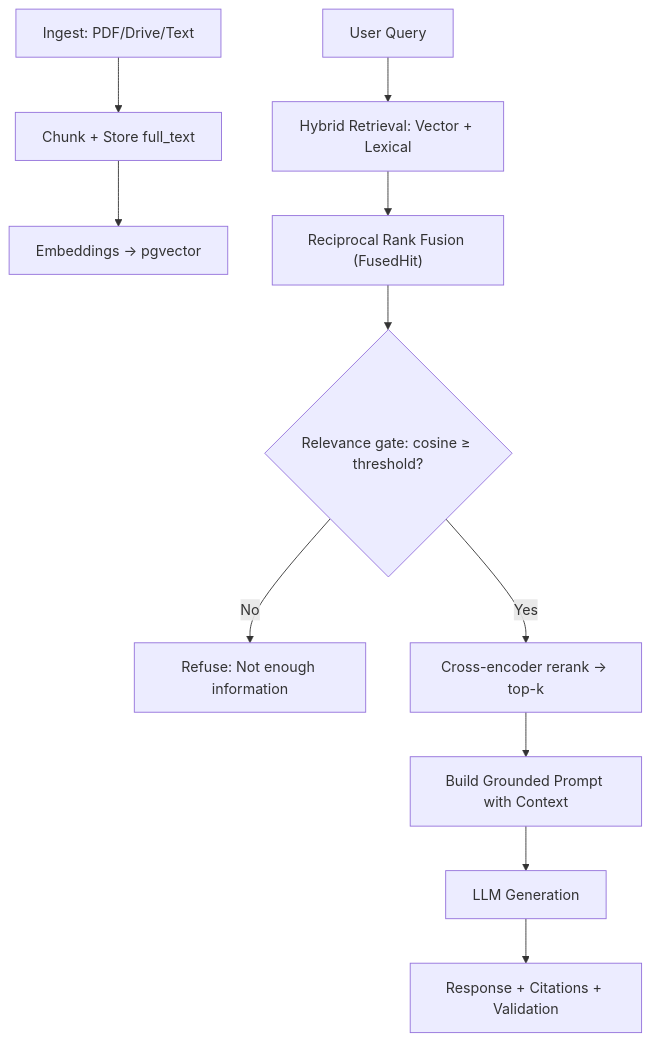
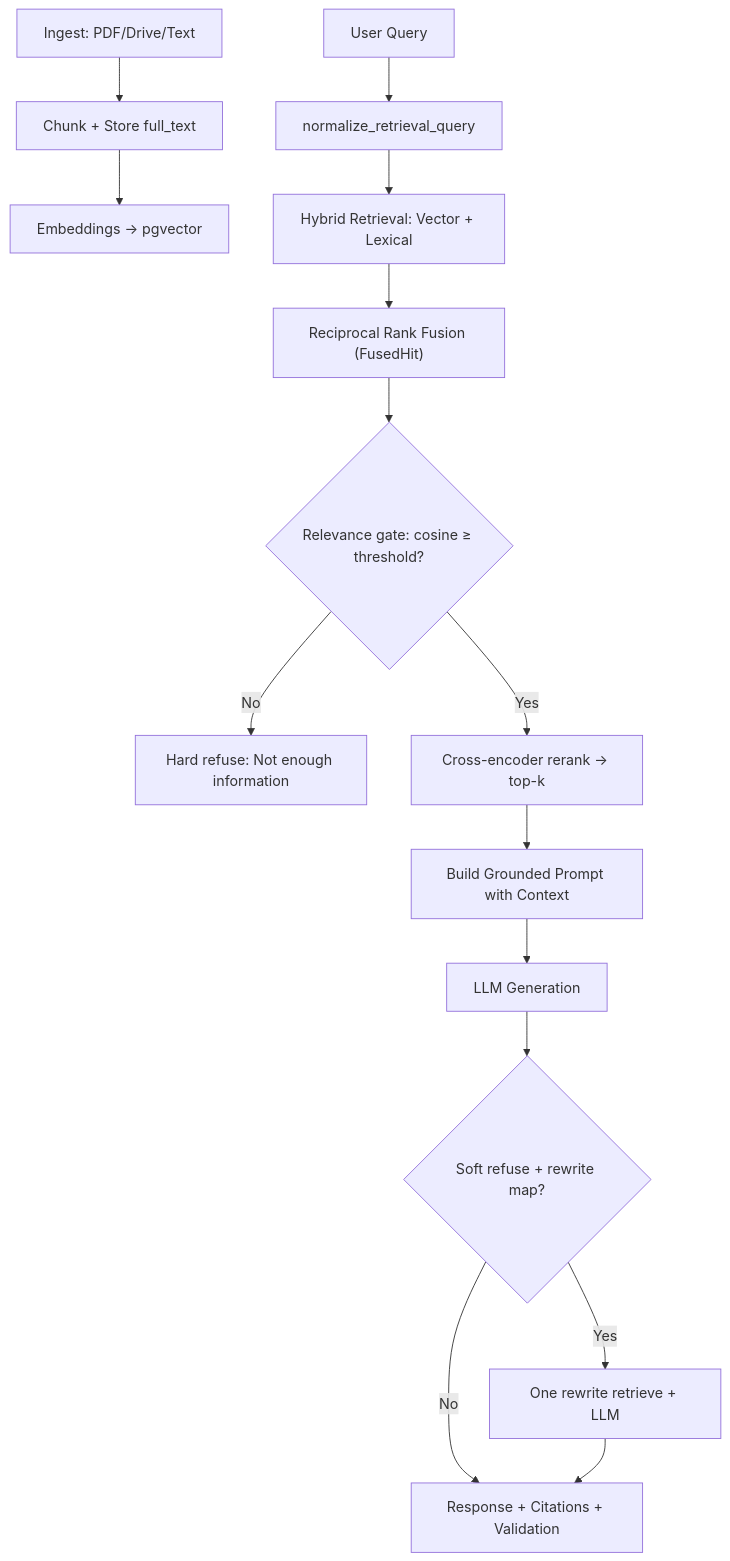
One commit to rclarke009/verbiage changed the first of 2 diagrams in README.md. Above: the diagram before and after it, drawn with Mermaid. The commit also changed other lines of this file and 5 other files, not shown here.

First line of the commit message:
Document query normalize and rewrite-once corrective in Ask docs.

````diff
--- a/README.md
+++ b/README.md
@@ -106,13 +107,17 @@
 ```mermaid
 flowchart TD
     A[Ingest: PDF/Drive/Text] --> B[Chunk + Store full_text]
     B --> C[Embeddings → pgvector]
-    D[User Query] --> E[Hybrid Retrieval: Vector + Lexical]
+    D[User Query] --> N[normalize_retrieval_query]
+    N --> E[Hybrid Retrieval: Vector + Lexical]
     E --> F["Reciprocal Rank Fusion (FusedHit)"]
     F --> J{Relevance gate: cosine ≥ threshold?}
-    J -- No --> K[Refuse: Not enough information]
+    J -- No --> K[Hard refuse: Not enough information]
     J -- Yes --> L[Cross-encoder rerank → top-k]
     L --> G[Build Grounded Prompt with Context]
     G --> H[LLM Generation]
-    H --> I[Response + Citations + Validation]
+    H --> Soft{Soft refuse + rewrite map?}
+    Soft -- No --> I[Response + Citations + Validation]
+    Soft -- Yes --> Retry[One rewrite retrieve + LLM]
+    Retry --> I
 ```
````
